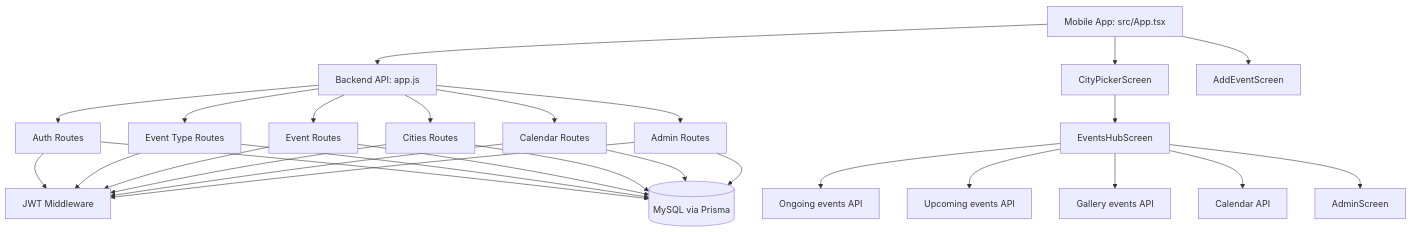
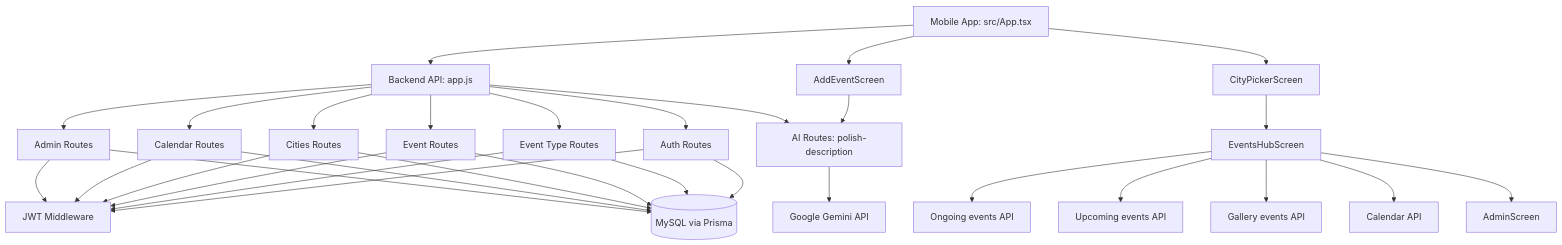
Before and after one commit to The-Akanksha-Foundation-Pune/mobile: the first of 2 diagrams in REPO_MAP.md, drawn with Mermaid. The commit also changed other lines of this file and 5 other files, not shown here.

````diff
--- a/REPO_MAP.md
+++ b/REPO_MAP.md
@@ -89,30 +89,33 @@
 ```mermaid
 graph TD
   A[Mobile App: src/App.tsx] --> B[Backend API: app.js]
   A --> CP[CityPickerScreen]
   CP --> EH[EventsHubScreen]
   EH --> O[Ongoing events API]
   EH --> U[Upcoming events API]
   EH --> G[Gallery events API]
   EH --> CAL[Calendar API]
   EH --> ADM[AdminScreen]
   A --> ADD[AddEventScreen]
+  ADD --> AI[AI Routes: polish-description]
+  AI --> GEM[Google Gemini API]
   B --> C[Auth Routes]
+  B --> AI
   B --> D[Event Type Routes]
   B --> E[Event Routes]
   B --> CI[Cities Routes]
   B --> CA[Calendar Routes]
   B --> AD[Admin Routes]
   C --> F[JWT Middleware]
   D --> F
   E --> F
   CI --> F
   CA --> F
   AD --> F
   C --> H[(MySQL via Prisma)]
   D --> H
   E --> H
   CI --> H
   CA --> H
   AD --> H
 ```
````
